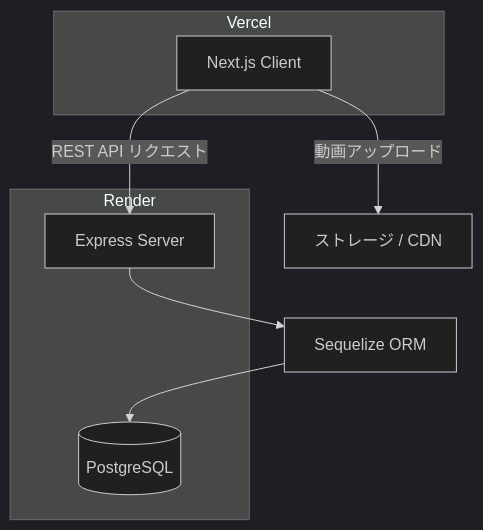
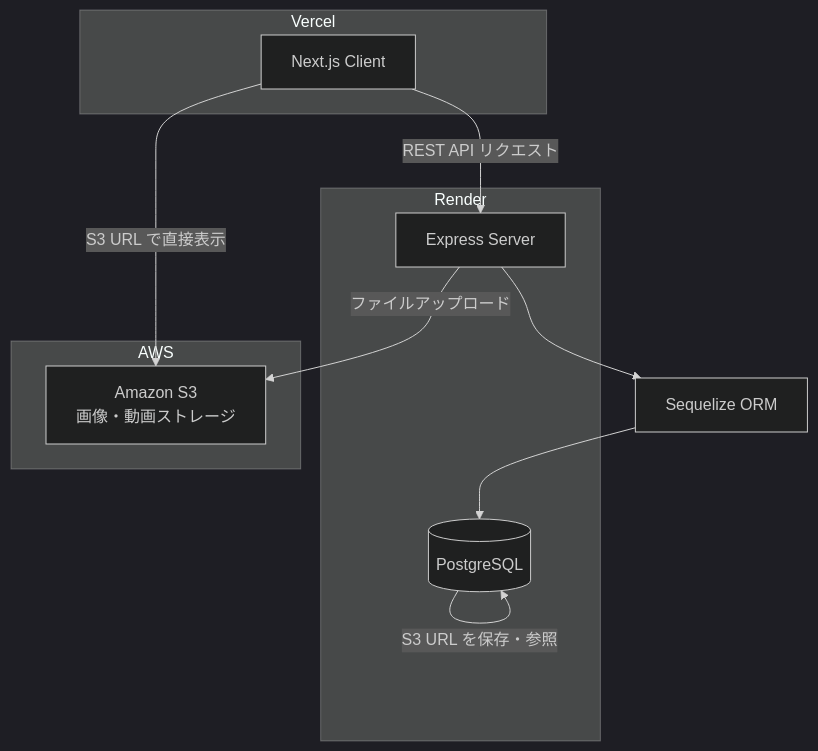
Before and after one commit to daddydirty420-app/web-project1: the diagram in README.md, drawn with Mermaid (dark theme). The commit also changed other lines of this file, not shown here.

Commit message:
doc: README 修正　AWS、Docker追加

````diff
--- a/README.md
+++ b/README.md
@@ -115,18 +123,22 @@
 ```mermaid
 graph TD
   subgraph Vercel
     A[Next.js Client]
   end
 
   subgraph Render
     B[Express Server]
     D[(PostgreSQL)]
   end
 
-  E[ストレージ / CDN]
+  subgraph AWS
+    E[Amazon S3\n画像・動画ストレージ]
+  end
 
   A -->|REST API リクエスト| B
   B --> C[Sequelize ORM]
   C --> D
-  A -->|動画アップロード| E
+  B -->|ファイルアップロード| E
+  D -->|S3 URL を保存・参照| D
+  A -->|S3 URL で直接表示| E
 ```
````
